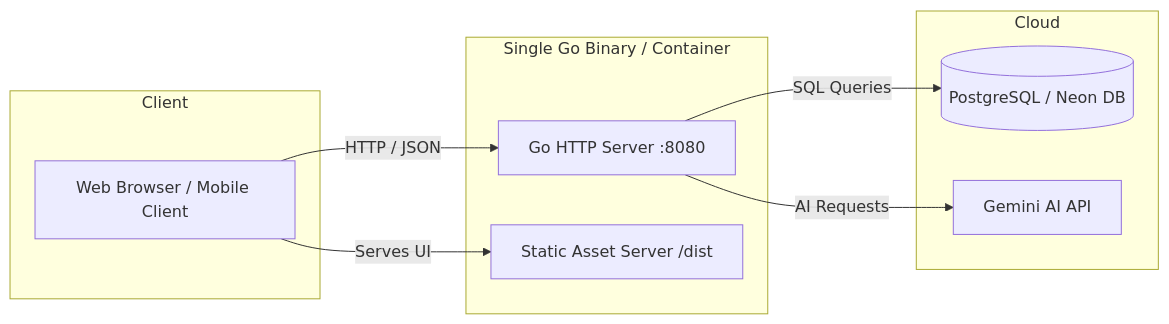
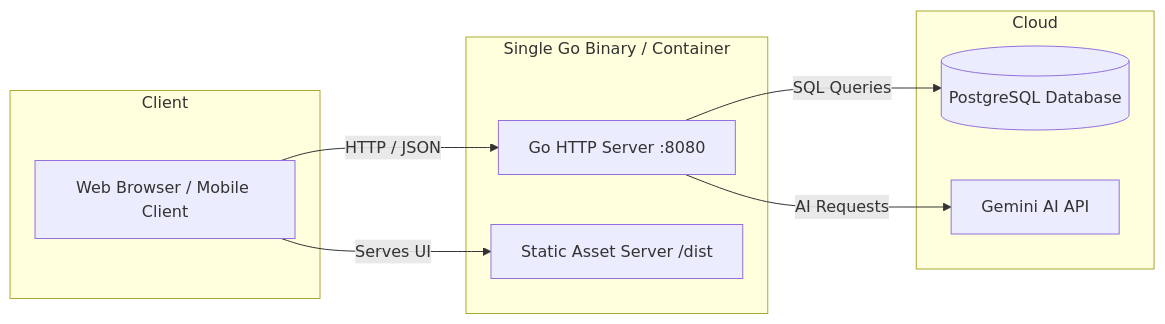
The diagram in docs/guide/self-hosting.md (mvirtai/clible-v3-go), drawn with Mermaid before and after one commit. The commit also changed 10 other files, not shown here.

Commit message:
docs(docs): fix mermaid diagram node label quotes for github pr rendering

````diff
--- a/docs/guide/self-hosting.md
+++ b/docs/guide/self-hosting.md
@@ -15,21 +15,21 @@
 ```mermaid
 flowchart LR
-    subgraph Client
-        Browser[Web Browser / Mobile Client]
+    subgraph Client ["Client"]
+        Browser["Web Browser / Mobile Client"]
     end
     
-    subgraph Server [Single Go Binary / Container]
-        API[Go HTTP Server :8080]
-        SPA[Static Asset Server /dist]
+    subgraph Server ["Single Go Binary / Container"]
+        API["Go HTTP Server :8080"]
+        SPA["Static Asset Server /dist"]
     end
     
-    subgraph Cloud
-        DB[(PostgreSQL / Neon DB)]
-        AI[Gemini AI API]
+    subgraph Cloud ["Cloud"]
+        DB[("PostgreSQL Database")]
+        AI["Gemini AI API"]
     end
     
     Browser -->|HTTP / JSON| API
     Browser -->|Serves UI| SPA
     API -->|SQL Queries| DB
     API -->|AI Requests| AI
 ```
````
